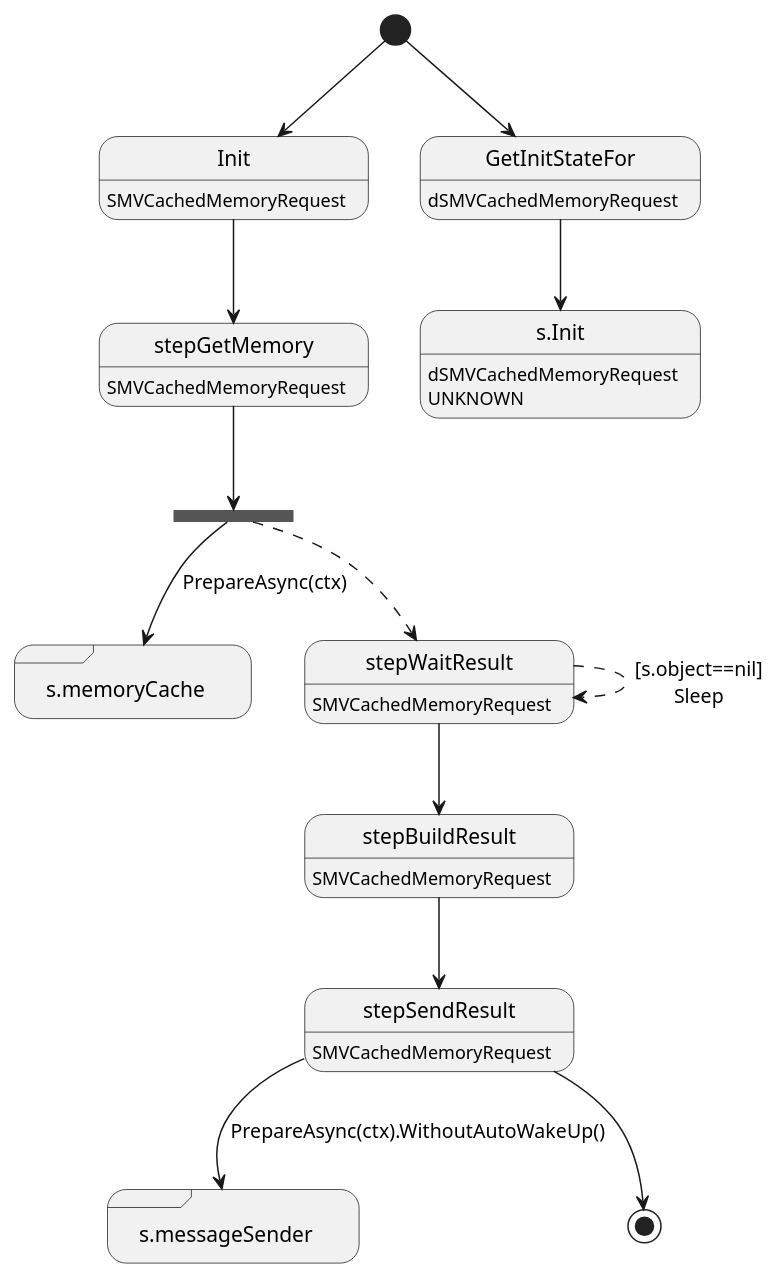
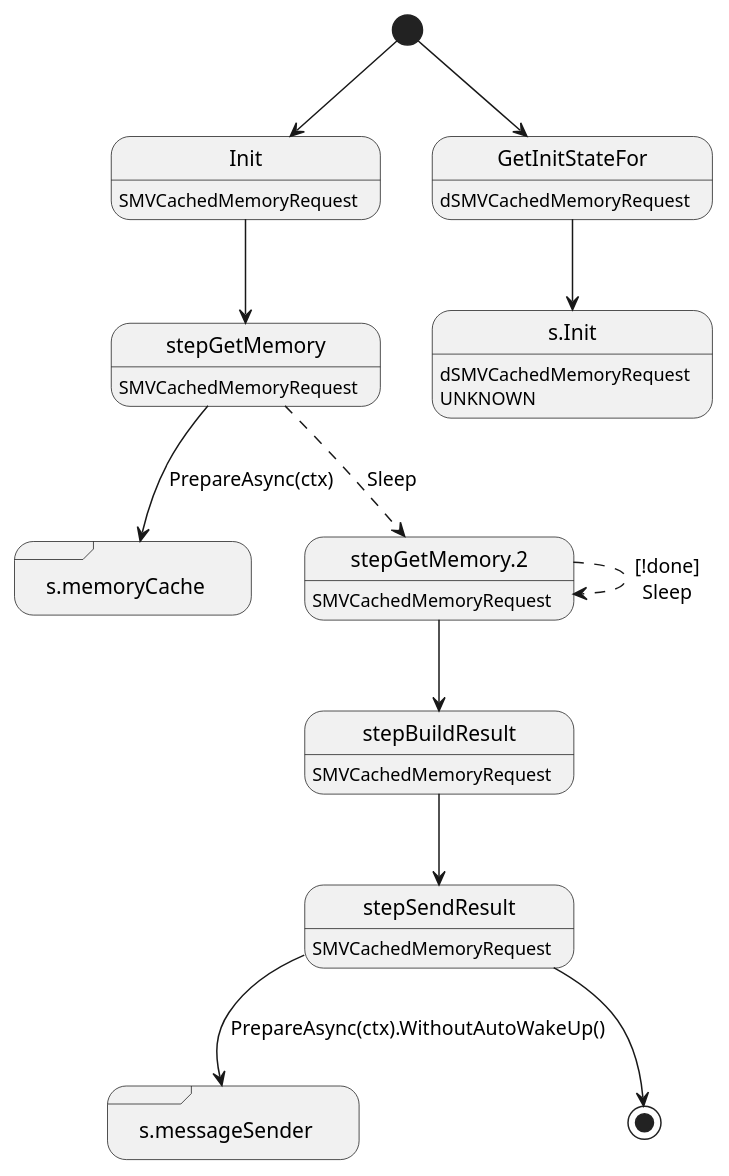
Before and after one commit to insolar/assured-ledger: the diagram in ledger-core/virtual/handlers/vcachedmemoryrequest.plantuml, drawn with PlantUML. The commit also changed 6 other files, not shown here.

```diff
--- a/ledger-core/virtual/handlers/vcachedmemoryrequest.plantuml
+++ b/ledger-core/virtual/handlers/vcachedmemoryrequest.plantuml
@@ -1,32 +1,30 @@
 @startuml
 state "Init" as T01_S001
 T01_S001 : SMVCachedMemoryRequest
 [*] --> T01_S001
 T01_S001 --> T01_S002
 state "s.memoryCache" as T01_S003 <<sdlreceive>>
 state "s.messageSender" as T01_S007 <<sdlreceive>>
 state "stepBuildResult" as T01_S005
 T01_S005 : SMVCachedMemoryRequest
 T01_S005 --> T01_S006
 state "stepGetMemory" as T01_S002
 T01_S002 : SMVCachedMemoryRequest
-state T01_U001 <<fork>>
-T01_S002 --> T01_U001
-T01_U001 --> T01_S003 : PrepareAsync(ctx)
-T01_U001 --[dashed]> T01_S004
+T01_S002 --> T01_S003 : PrepareAsync(ctx)
+T01_S002 --[dashed]> T01_S004 : Sleep
+state "stepGetMemory.2" as T01_S004
+T01_S004 : SMVCachedMemoryRequest
+T01_S004 --[dashed]> T01_S004 : [!done]\nSleep
+T01_S004 --> T01_S005
 state "stepSendResult" as T01_S006
 T01_S006 : SMVCachedMemoryRequest
 T01_S006 --> T01_S007 : PrepareAsync(ctx).WithoutAutoWakeUp()
 T01_S006 --> [*]
-state "stepWaitResult" as T01_S004
-T01_S004 : SMVCachedMemoryRequest
-T01_S004 --[dashed]> T01_S004 : [s.object==nil]\nSleep
-T01_S004 --> T01_S005
 state "GetInitStateFor" as T00_S001
 T00_S001 : dSMVCachedMemoryRequest
 [*] --> T00_S001
-state "s.Init" as T00_U002
-T00_U002 : dSMVCachedMemoryRequest
-T00_U002 : UNKNOWN 
-T00_S001 --> T00_U002
+state "s.Init" as T00_U001
+T00_U001 : dSMVCachedMemoryRequest
+T00_U001 : UNKNOWN 
+T00_S001 --> T00_U001
 @enduml
```
